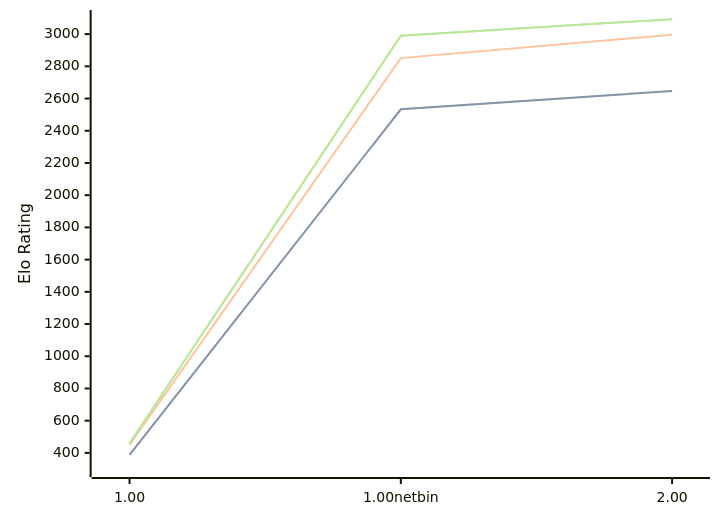
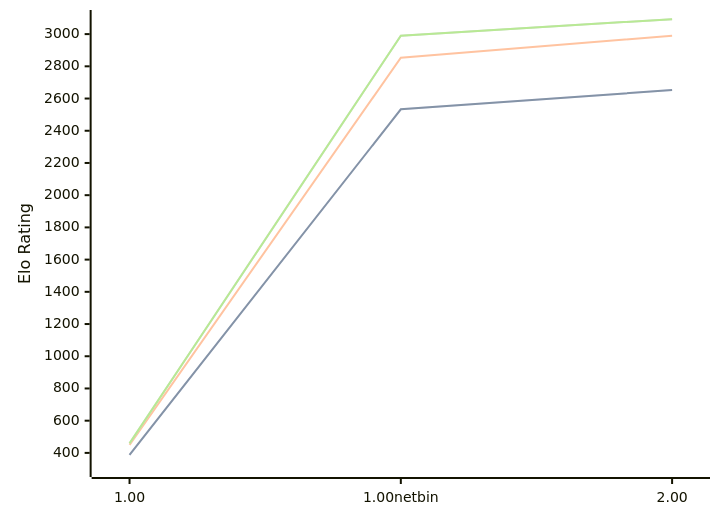
Before and after one commit to computer-chess-index/cci: the first of 3 diagrams in engines/Gilipol.md, drawn with Mermaid. The commit also changed other lines of this file, not shown here.

````diff
--- a/engines/Gilipol.md
+++ b/engines/Gilipol.md
@@ -33,11 +33,11 @@
 ```mermaid
 %%{init: {"theme":"base","themeVariables":{"seriesColors:['#a3a3a3','#222221','#faa371']}}}%%
 xychart-beta
   x-axis ["1.00", "1.00netbin", "2.00"]
   y-axis "Elo Rating" 300 --> 3100
-  line "STC (8.0+0.08s)" [387, 2533, 2647]
-  line "STC (8.0+0.08s)" [387, 2533, 2647]
-  line "LTC (60.0+0.60s)" [450, 2851, 2996]
+  line "STC (8.0+0.08s)" [387, 2533, 2653]
+  line "STC (8.0+0.08s)" [387, 2533, 2653]
+  line "LTC (60.0+0.60s)" [450, 2853, 2990]
   line "VLTC (2m24s+1.12s)" [459, 2990, 3093]
   line "VLTC (2m24s+1.12s)" [459, 2990, 3093]
 ```
````
